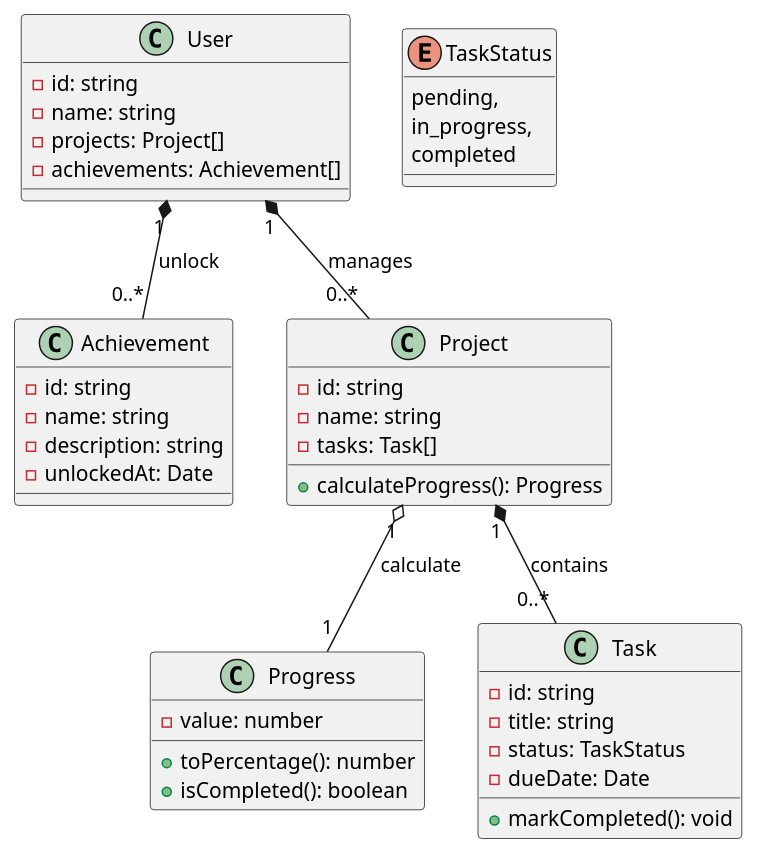
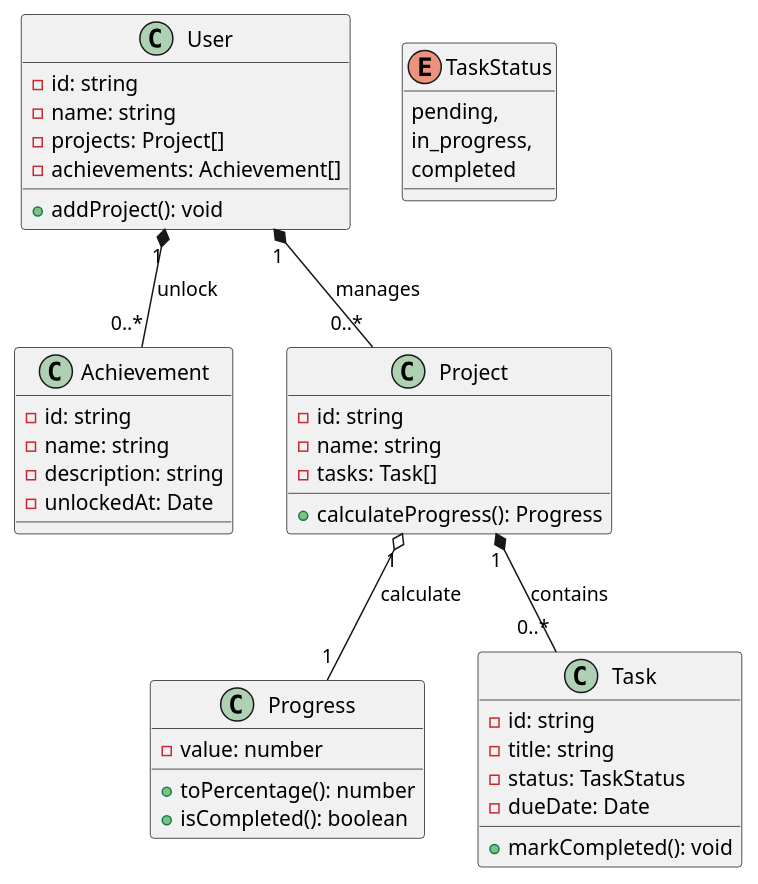
The diagram in class-diagram.puml (darellanodev/taskio), drawn with PlantUML before and after one commit.

Commit message:
feat: Add the method addProject to the UML diagram (#9)

```diff
--- a/class-diagram.puml
+++ b/class-diagram.puml
@@ -1,49 +1,50 @@
 @startuml class-diagram
 
 class User {
   - id: string
   - name: string
   - projects: Project[]
   - achievements: Achievement[]
+  + addProject(): void
 }
 
 class Achievement {
   - id: string
   - name: string
   - description: string
   - unlockedAt: Date
 }
 
 class Project {
 - id: string
 - name: string
 - tasks: Task[]
 + calculateProgress(): Progress
 }
 
 class Progress {
   - value: number
   + toPercentage(): number
   + isCompleted(): boolean
 }
 
 enum TaskStatus {
 pending,
 in_progress,
 completed
 }
 
 class Task {
 - id: string
 - title: string
 - status: TaskStatus
 - dueDate: Date
 + markCompleted(): void
 }
 
 Project "1" *-- "0..*" Task: contains
 User "1" *-- "0..*" Project: manages
 User "1" *-- "0..*" Achievement: unlock
 Project "1" o-- "1" Progress: calculate
 
 @enduml
```
